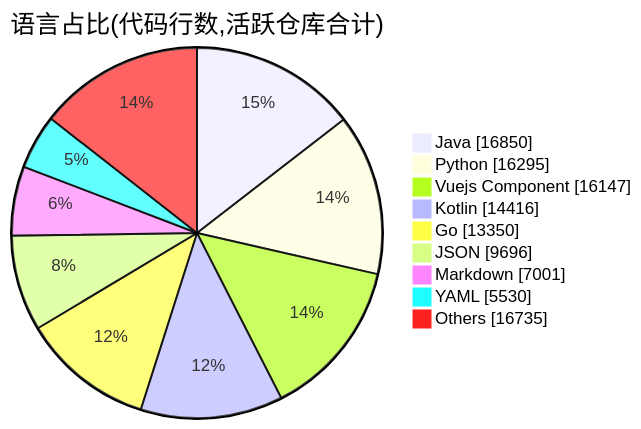
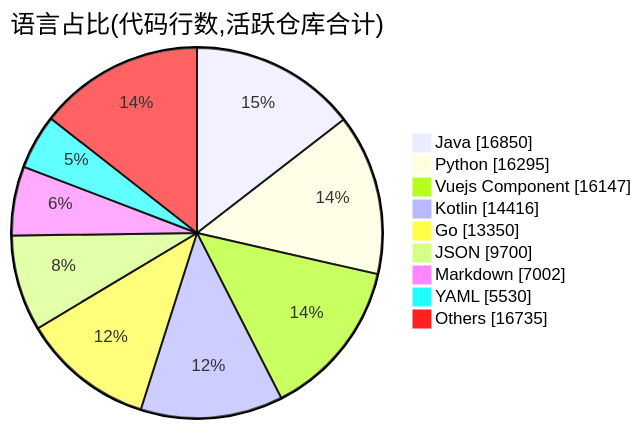
Before and after one commit to Conflux-Union/.github: the second of 2 diagrams in profile/README.md, drawn with Mermaid. The commit also changed other lines of this file and 1 other file, not shown here.

````diff
--- a/profile/README.md
+++ b/profile/README.md
@@ -78,13 +78,13 @@
 ```mermaid
 pie showData
     title 语言占比(代码行数,活跃仓库合计)
     "Java" : 16850
     "Python" : 16295
     "Vuejs Component" : 16147
     "Kotlin" : 14416
     "Go" : 13350
-    "JSON" : 9696
-    "Markdown" : 7001
+    "JSON" : 9700
+    "Markdown" : 7002
     "YAML" : 5530
     "Others" : 16735
 ```
````
